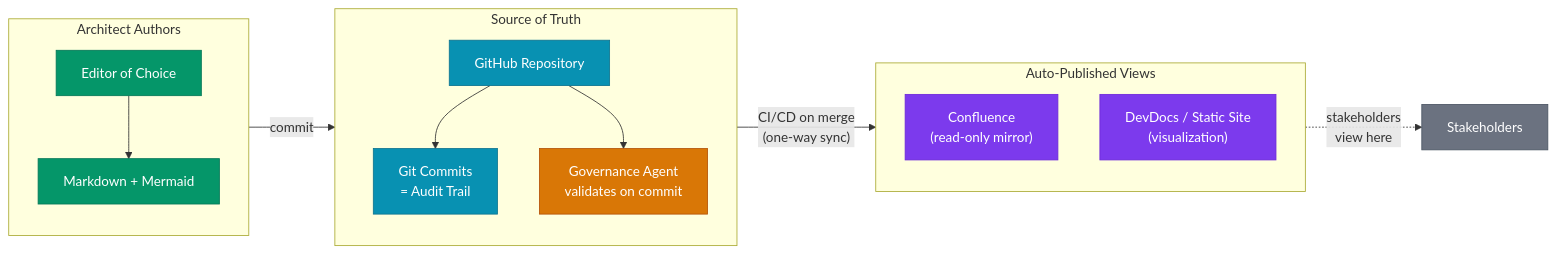
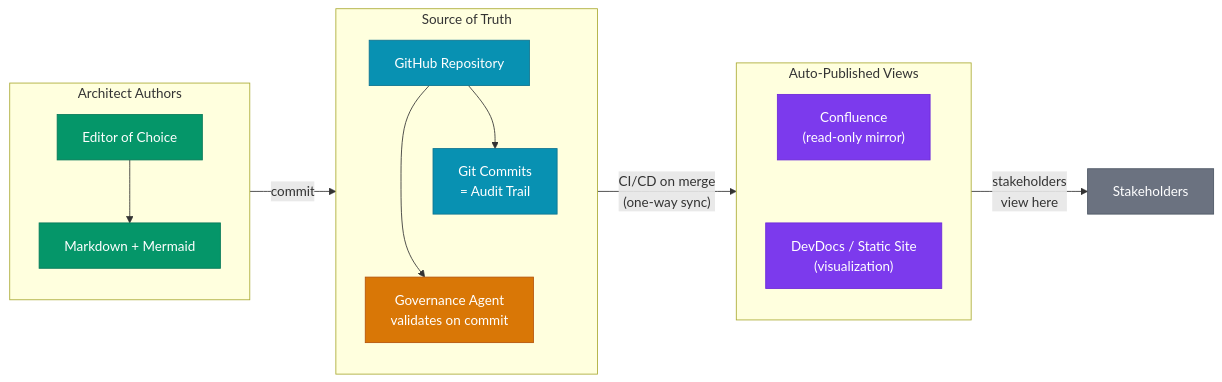
One commit to byrash/architecture-governance changed the fifth of 10 diagrams in docs/lifecycle.md. Above: the diagram before and after it, drawn with Mermaid. The commit also changed other lines of this file, not shown here.

````diff
--- a/docs/lifecycle.md
+++ b/docs/lifecycle.md
@@ -221,33 +215,35 @@
 ```mermaid
 flowchart LR
     classDef arch fill:#059669,color:#fff,stroke:#047857
     classDef infra fill:#0891B2,color:#fff,stroke:#0E7490
     classDef gov fill:#D97706,color:#fff,stroke:#B45309
     classDef publish fill:#7C3AED,color:#fff,stroke:#6D28D9
     classDef viewer fill:#6B7280,color:#fff,stroke:#4B5563
 
     subgraph author [Architect Authors]
         ED["Editor of Choice"]:::arch
         MD["Markdown + Mermaid"]:::arch
         ED --> MD
     end
 
     subgraph sor [Source of Truth]
+        direction TB
         GH["GitHub Repository"]:::infra
         GC["Git Commits<br/>= Audit Trail"]:::infra
         GOV["Governance Agent<br/>validates on commit"]:::gov
         GH --> GC
         GH --> GOV
+        GC ~~~ GOV
     end
 
     subgraph out [Auto-Published Views]
         direction TB
         CF["Confluence<br/>(read-only mirror)"]:::publish
         DD["DevDocs / Static Site<br/>(visualization)"]:::publish
+        CF ~~~ DD
     end
 
     author -->|"commit"| sor
     sor -->|"CI/CD on merge<br/>(one-way sync)"| out
-
-    out -.->|"stakeholders<br/>view here"| SH["Stakeholders"]:::viewer
+    out -->|"stakeholders<br/>view here"| SH["Stakeholders"]:::viewer
 ```
````
